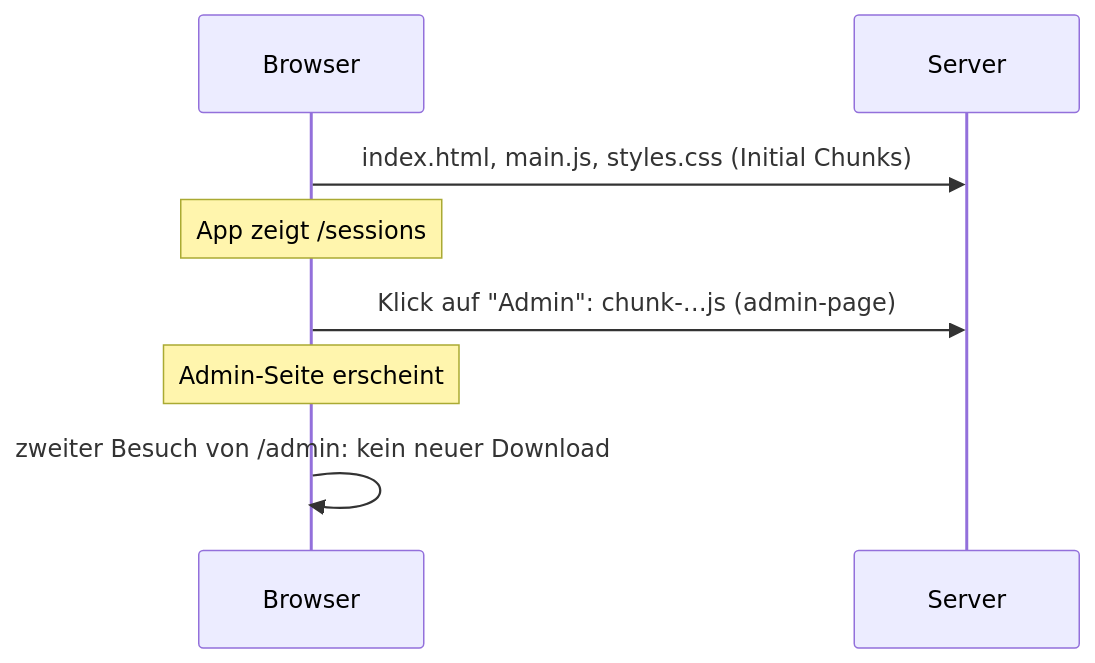
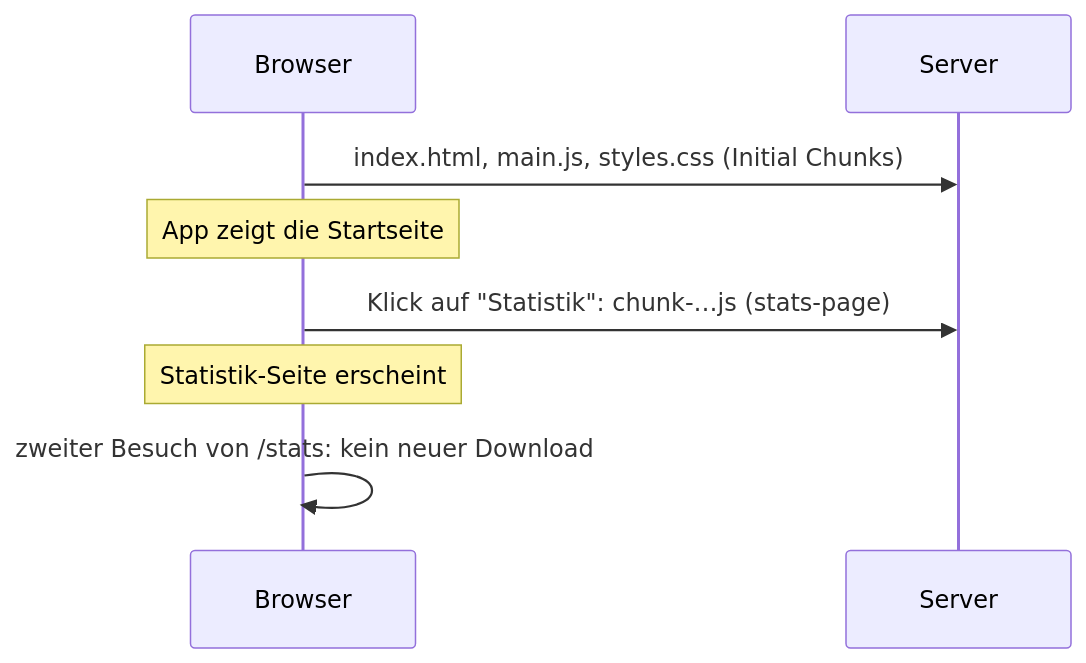
The diagram in m08-advanced-routing/l01-lazy-loading/l01-lazy-loading-thx.md (kodschul/kodschul-angular-open-5), drawn with Mermaid before and after one commit. The commit also changed other lines of this file and 98 other files, not shown here.

````diff
--- a/m08-advanced-routing/l01-lazy-loading/l01-lazy-loading-thx.md
+++ b/m08-advanced-routing/l01-lazy-loading/l01-lazy-loading-thx.md
@@ -164,10 +163,10 @@
 ```mermaid
 sequenceDiagram
   participant B as Browser
   participant S as Server
   B->>S: index.html, main.js, styles.css (Initial Chunks)
-  Note over B: App zeigt /sessions
-  B->>S: Klick auf "Admin": chunk-…js (admin-page)
-  Note over B: Admin-Seite erscheint
-  B->>B: zweiter Besuch von /admin: kein neuer Download
+  Note over B: App zeigt die Startseite
+  B->>S: Klick auf "Statistik": chunk-…js (stats-page)
+  Note over B: Statistik-Seite erscheint
+  B->>B: zweiter Besuch von /stats: kein neuer Download
 ```
````
